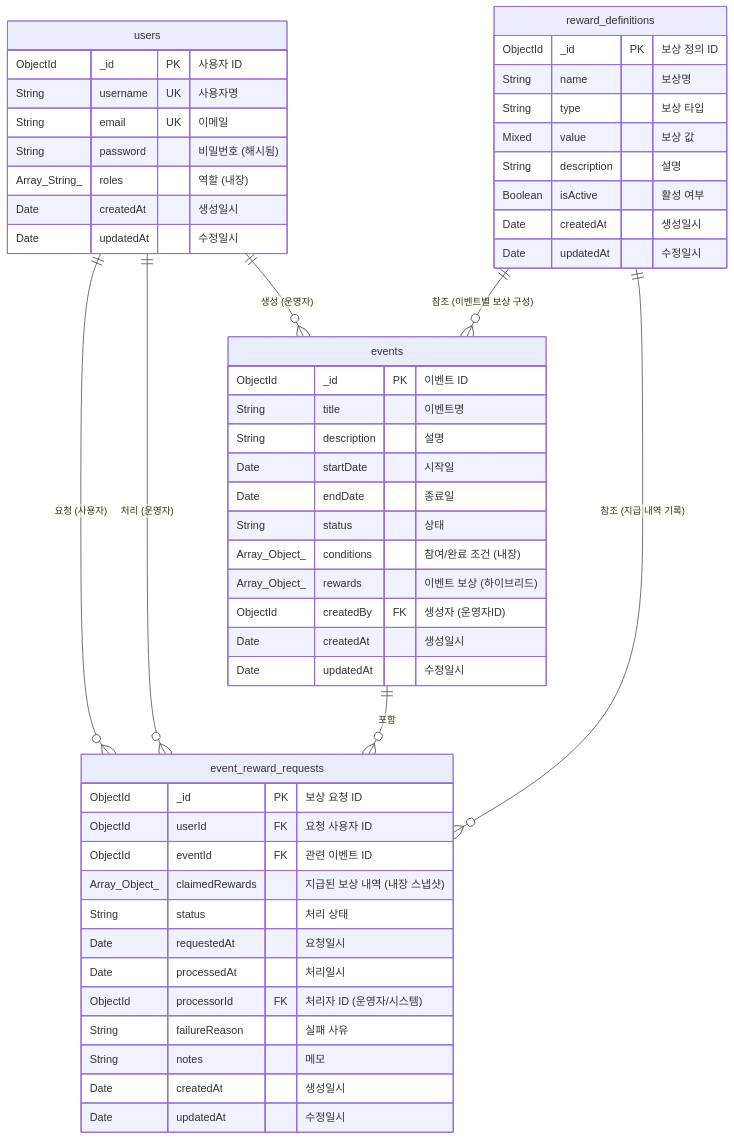
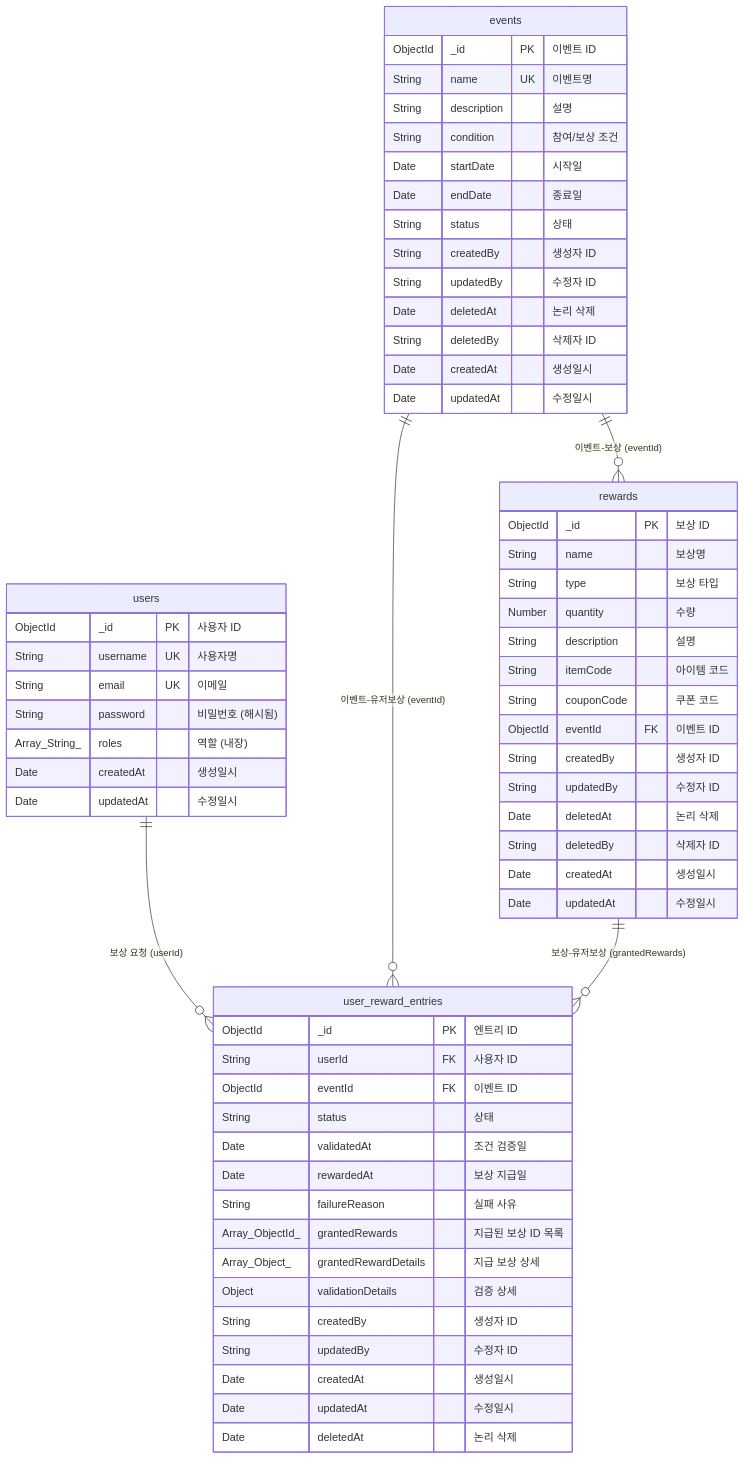
The third of 3 diagrams in README.md (hyeongirlife/event-management-platform), drawn with Mermaid before and after one commit. The commit also changed other lines of this file and 1 other file, not shown here.

Commit message:
feat: event-server README 개선

````diff
--- a/README.md
+++ b/README.md
@@ -265,72 +262,68 @@
 ```mermaid
 erDiagram
     users {
         ObjectId _id PK "사용자 ID"
         String username UK "사용자명"
         String email UK "이메일"
         String password "비밀번호 (해시됨)"
         Array_String_ roles "역할 (내장)"
         Date createdAt "생성일시"
         Date updatedAt "수정일시"
     }
 
-    reward_definitions {
-        ObjectId _id PK "보상 정의 ID"
-        String name "보상명"
-        String type "보상 타입"
-        Mixed value "보상 값"
+    events {
+        ObjectId _id PK "이벤트 ID"
+        String name UK "이벤트명"
         String description "설명"
-        Boolean isActive "활성 여부"
+        String condition "참여/보상 조건"
+        Date startDate "시작일"
+        Date endDate "종료일"
+        String status "상태"
+        String createdBy "생성자 ID"
+        String updatedBy "수정자 ID"
+        Date deletedAt "논리 삭제"
+        String deletedBy "삭제자 ID"
         Date createdAt "생성일시"
         Date updatedAt "수정일시"
     }
 
-    events {
-        ObjectId _id PK "이벤트 ID"
-        String title "이벤트명"
+    rewards {
+        ObjectId _id PK "보상 ID"
+        String name "보상명"
+        String type "보상 타입"
+        Number quantity "수량"
         String description "설명"
-        Date startDate "시작일"
-        Date endDate "종료일"
-        String status "상태"
-        Array_Object_ conditions "참여/완료 조건 (내장)"
-        Array_Object_ rewards "이벤트 보상 (하이브리드)"
-        ObjectId createdBy FK "생성자 (운영자ID)"
+        String itemCode "아이템 코드"
+        String couponCode "쿠폰 코드"
+        ObjectId eventId FK "이벤트 ID"
+        String createdBy "생성자 ID"
+        String updatedBy "수정자 ID"
+        Date deletedAt "논리 삭제"
+        String deletedBy "삭제자 ID"
         Date createdAt "생성일시"
         Date updatedAt "수정일시"
     }
 
-    event_reward_requests {
-        ObjectId _id PK "보상 요청 ID"
-        ObjectId userId FK "요청 사용자 ID"
-        ObjectId eventId FK "관련 이벤트 ID"
-        Array_Object_ claimedRewards "지급된 보상 내역 (내장 스냅샷)"
-        String status "처리 상태"
-        Date requestedAt "요청일시"
-        Date processedAt "처리일시"
-        ObjectId processorId FK "처리자 ID (운영자/시스템)"
+    user_reward_entries {
+        ObjectId _id PK "엔트리 ID"
+        String userId FK "사용자 ID"
+        ObjectId eventId FK "이벤트 ID"
+        String status "상태"
+        Date validatedAt "조건 검증일"
+        Date rewardedAt "보상 지급일"
         String failureReason "실패 사유"
-        String notes "메모"
+        Array_ObjectId_ grantedRewards "지급된 보상 ID 목록"
+        Array_Object_ grantedRewardDetails "지급 보상 상세"
+        Object validationDetails "검증 상세"
+        String createdBy "생성자 ID"
+        String updatedBy "수정자 ID"
         Date createdAt "생성일시"
         Date updatedAt "수정일시"
+        Date deletedAt "논리 삭제"
     }
 
-    users ||--o{ events : "생성 (운영자)"
-    users ||--o{ event_reward_requests : "요청 (사용자)"
-    users ||--o{ event_reward_requests : "처리 (운영자)"
-    events ||--o{ event_reward_requests : "포함"
-    reward_definitions ||--o{ events : "참조 (이벤트별 보상 구성)"
-    reward_definitions ||--o{ event_reward_requests : "참조 (지급 내역 기록)"
-
-
-    %% --- 주석 ---
-    %% PK: Primary Key (기본 키)
-    %% UK: Unique Key (고유 키)
-    %% FK: Foreign Key (외래 키)
-    %% Array_String_ : 문자열 배열
-    %% Array_Object_ : 객체 배열 (상세 구조는 텍스트 설명 참조)
-    %% Mixed : 다양한 타입을 가질 수 있는 필드
-    %% ||--o{ : 1 대 다 관계 (one to many)
-    %% }o--|| : 다 대 1 관계 (many to one) - 거의 사용 안함
-    %% ||--|| : 1 대 1 관계 (one to one)
-    %% }o--o{ : 다 대 다 관계 (many to many)
+    users ||--o{ user_reward_entries : "보상 요청 (userId)"
+    events ||--o{ rewards : "이벤트-보상 (eventId)"
+    events ||--o{ user_reward_entries : "이벤트-유저보상 (eventId)"
+    rewards ||--o{ user_reward_entries : "보상-유저보상 (grantedRewards)"
 ```
````
